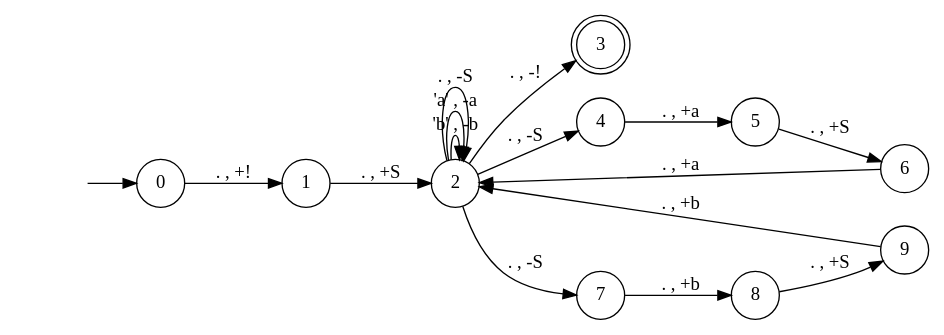
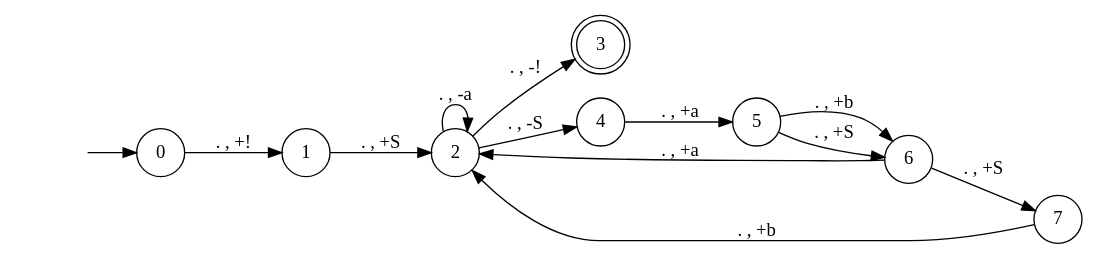
One commit to tsubaric/ToC changed the diagram in test.gv. Above: the diagram before and after it, drawn with Graphviz. The commit also changed 6 other files, not shown here.

```diff
--- a/test.gv
+++ b/test.gv
@@ -1,22 +1,19 @@
 digraph pda {
 rankdir = LR;
 hidden [shape = plaintext, label = ""];
 node [shape = doublecircle];
 3;
 node [shape = circle];
 hidden -> 0;
 0 -> 1 [label = ". , +!"];
 1 -> 2 [label = ". , +S"];
-2 -> 2 [label = "'b' , -b"];
-2 -> 2 [label = "'a' , -a"];
-2 -> 2 [label = ". , -S"];
+2 -> 2 [label = ". , -a"];
 2 -> 3 [label = ". , -!"];
 2 -> 4 [label = ". , -S"];
-2 -> 7 [label = ". , -S"];
 4 -> 5 [label = ". , +a"];
+5 -> 6 [label = ". , +b"];
 5 -> 6 [label = ". , +S"];
 6 -> 2 [label = ". , +a"];
-7 -> 8 [label = ". , +b"];
-8 -> 9 [label = ". , +S"];
-9 -> 2 [label = ". , +b"];
+6 -> 7 [label = ". , +S"];
+7 -> 2 [label = ". , +b"];
 }
```
